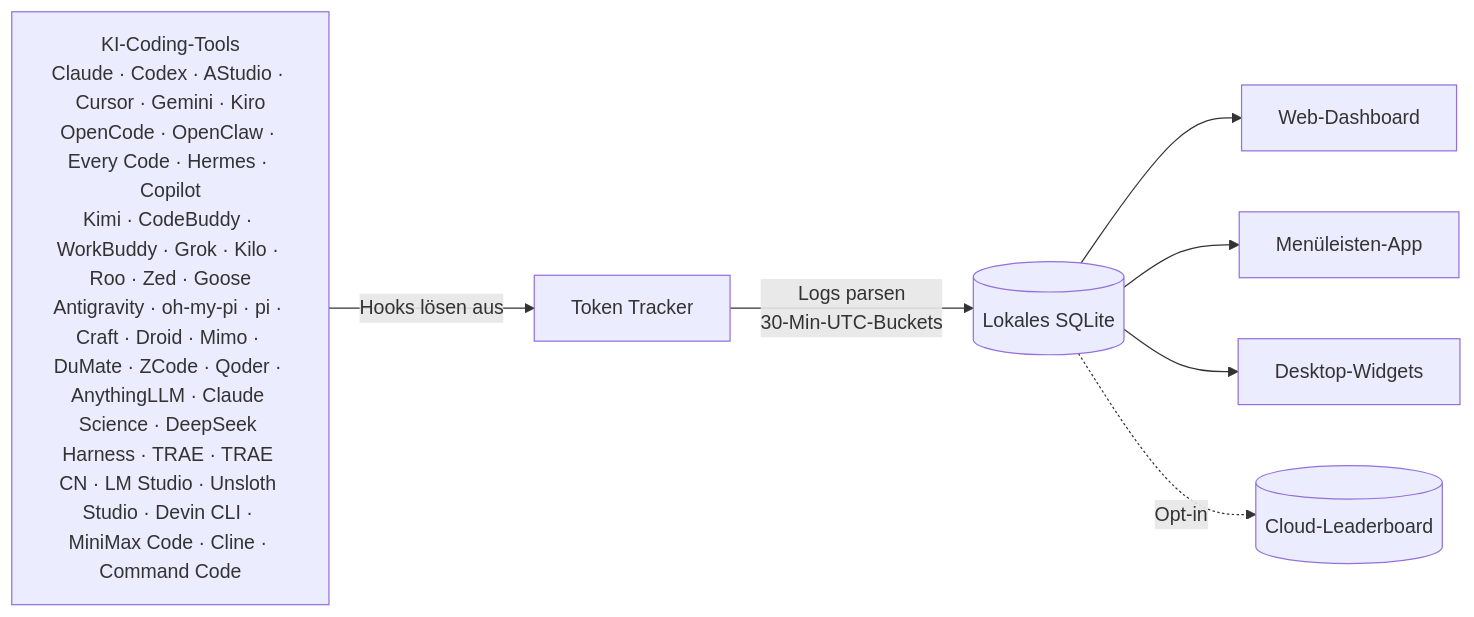
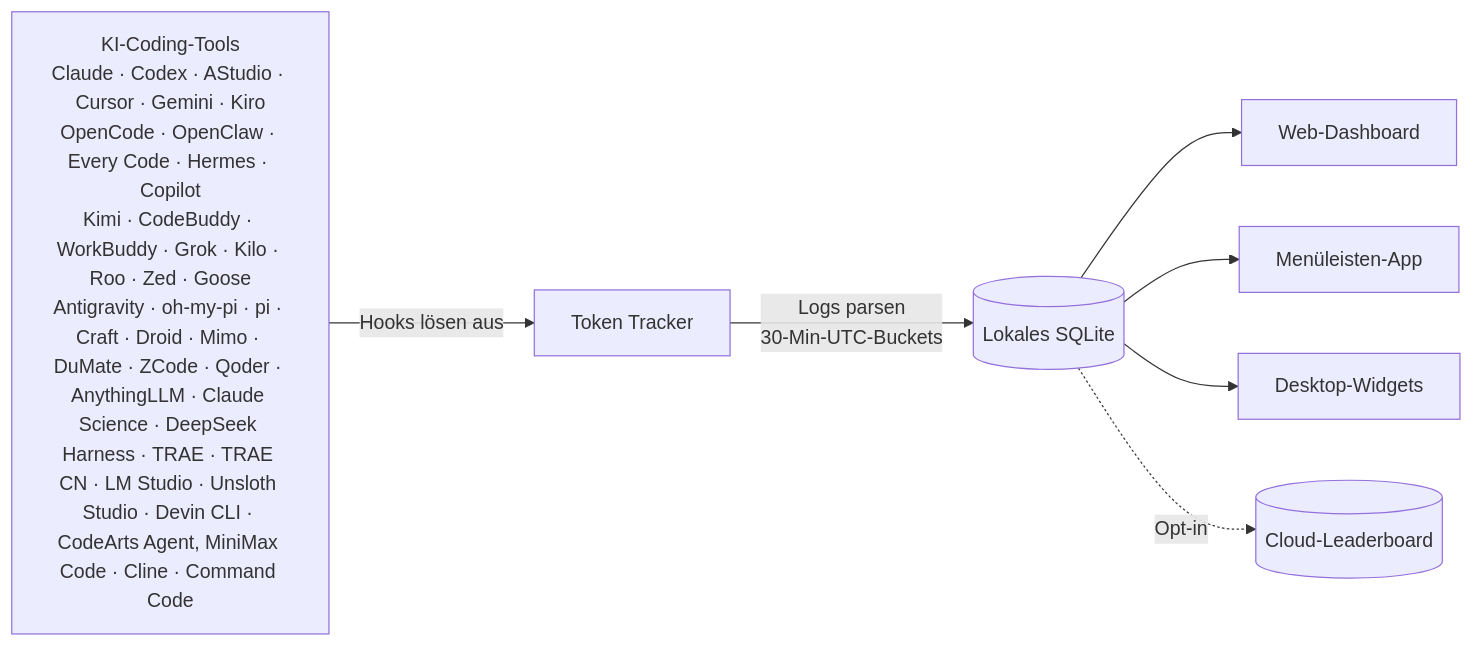
The diagram in README.de.md (01UNCLEDOG01/TokenTracker-Plus), drawn with Mermaid before and after one commit. The commit also changed other lines of this file and 13 other files, not shown here.

````diff
--- a/README.de.md
+++ b/README.de.md
@@ -207,10 +207,10 @@
 ```mermaid
 flowchart LR
-    A["KI-Coding-Tools<br/>Claude · Codex · AStudio · Cursor · Gemini · Kiro<br/>OpenCode · OpenClaw · Every Code · Hermes · Copilot<br/>Kimi · CodeBuddy · WorkBuddy · Grok · Kilo · Roo · Zed · Goose<br/>Antigravity · oh-my-pi · pi · Craft · Droid · Mimo · DuMate · ZCode · Qoder · AnythingLLM · Claude Science · DeepSeek Harness · TRAE · TRAE CN · LM Studio · Unsloth Studio · Devin CLI · MiniMax Code · Cline · Command Code"]
+    A["KI-Coding-Tools<br/>Claude · Codex · AStudio · Cursor · Gemini · Kiro<br/>OpenCode · OpenClaw · Every Code · Hermes · Copilot<br/>Kimi · CodeBuddy · WorkBuddy · Grok · Kilo · Roo · Zed · Goose<br/>Antigravity · oh-my-pi · pi · Craft · Droid · Mimo · DuMate · ZCode · Qoder · AnythingLLM · Claude Science · DeepSeek Harness · TRAE · TRAE CN · LM Studio · Unsloth Studio · Devin CLI · CodeArts Agent, MiniMax Code · Cline · Command Code"]
     A -->|Hooks lösen aus| B[Token Tracker]
     B -->|Logs parsen<br/>30-Min-UTC-Buckets| C[(Lokales SQLite)]
     C --> D[Web-Dashboard]
     C --> E[Menüleisten-App]
     C --> F[Desktop-Widgets]
     C -.->|Opt-in| G[(Cloud-Leaderboard)]
 ```
````
